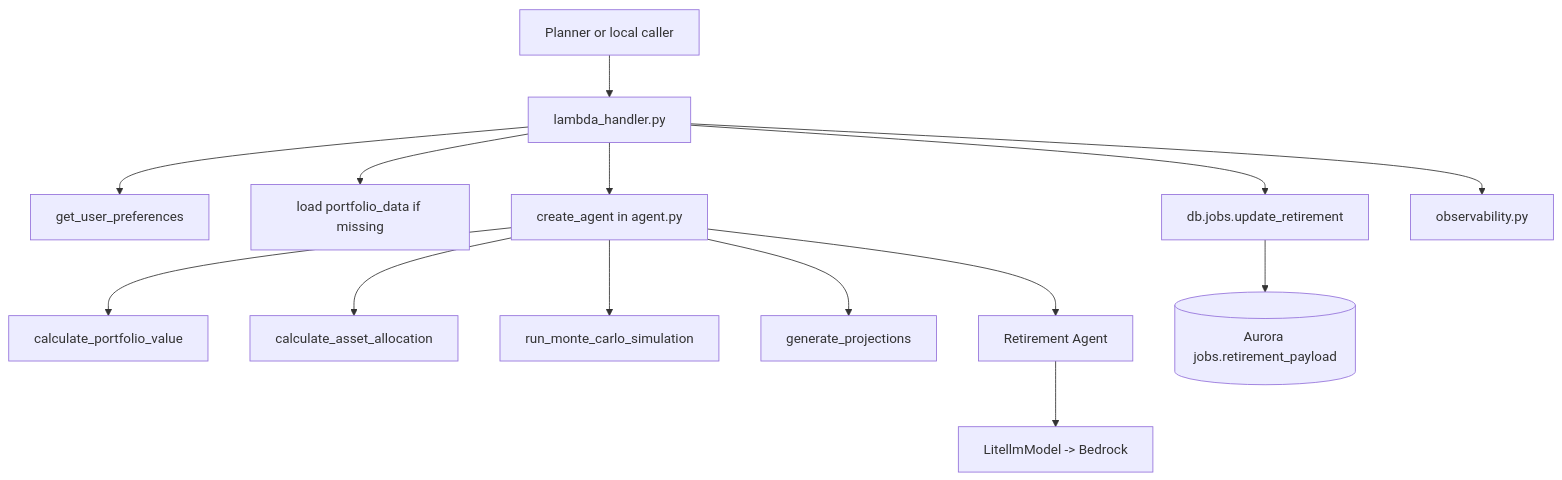
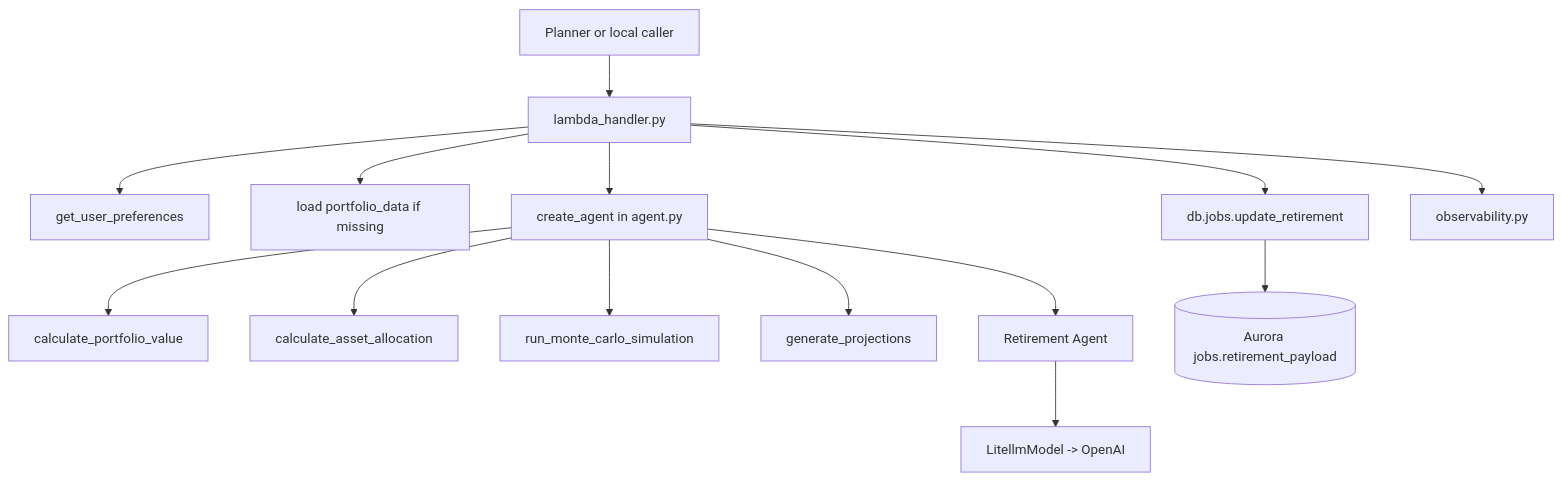
One commit to Sunny-sunnyy/alex changed the first of 3 diagrams in backend/retirement/README.md. Above: the diagram before and after it, drawn with Mermaid. The commit also changed other lines of this file and 43 other files, not shown here.

````diff
--- a/backend/retirement/README.md
+++ b/backend/retirement/README.md
@@ -32,16 +34,16 @@
 ```mermaid
 flowchart TD
     A[Planner or local caller] --> B[lambda_handler.py]
     B --> C[get_user_preferences]
     B --> D[load portfolio_data if missing]
     B --> E[create_agent in agent.py]
     E --> F[calculate_portfolio_value]
     E --> G[calculate_asset_allocation]
     E --> H[run_monte_carlo_simulation]
     E --> I[generate_projections]
     E --> J[Retirement Agent]
-    J --> K[LitellmModel -> Bedrock]
+    J --> K[LitellmModel -> OpenAI]
     B --> L[db.jobs.update_retirement]
     B --> M[observability.py]
     L --> N[(Aurora jobs.retirement_payload)]
 ```
````
